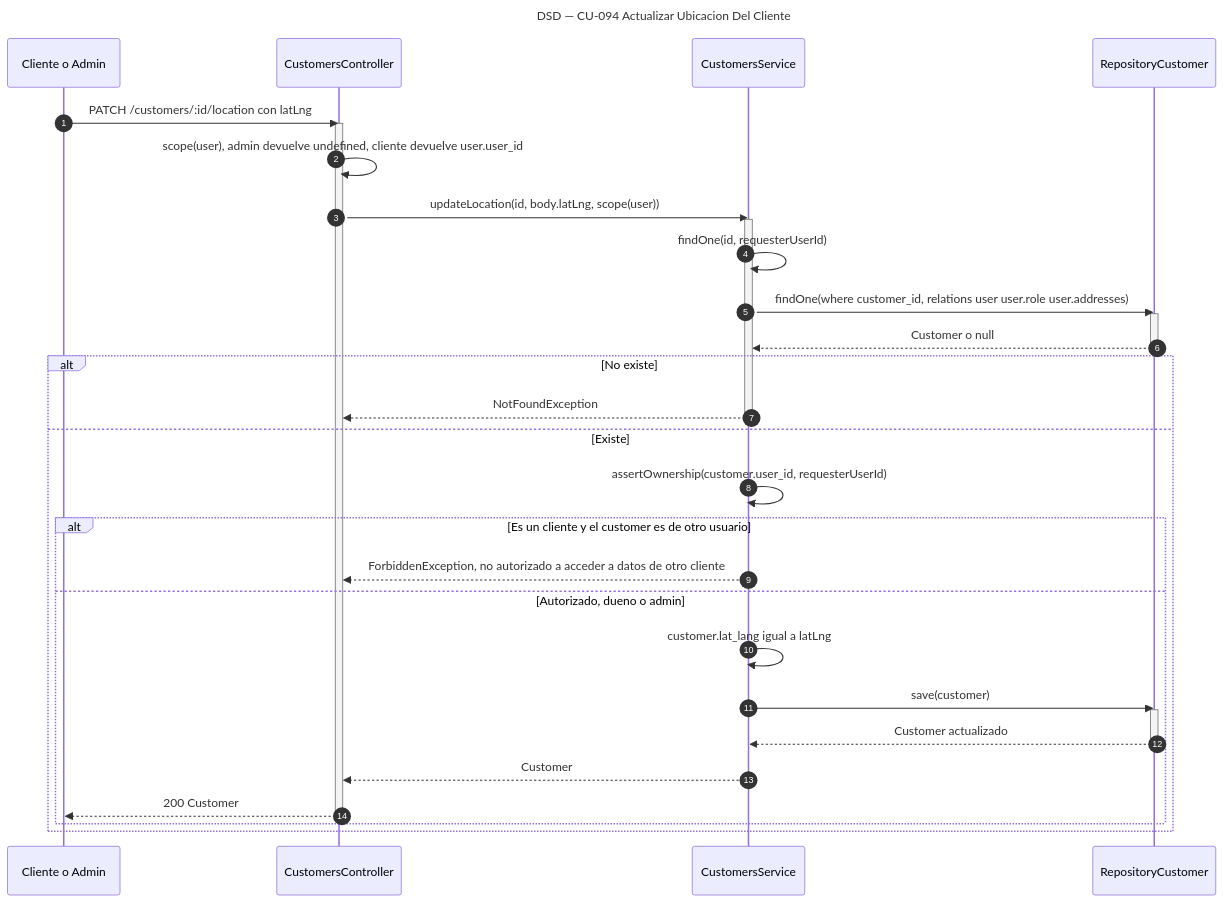
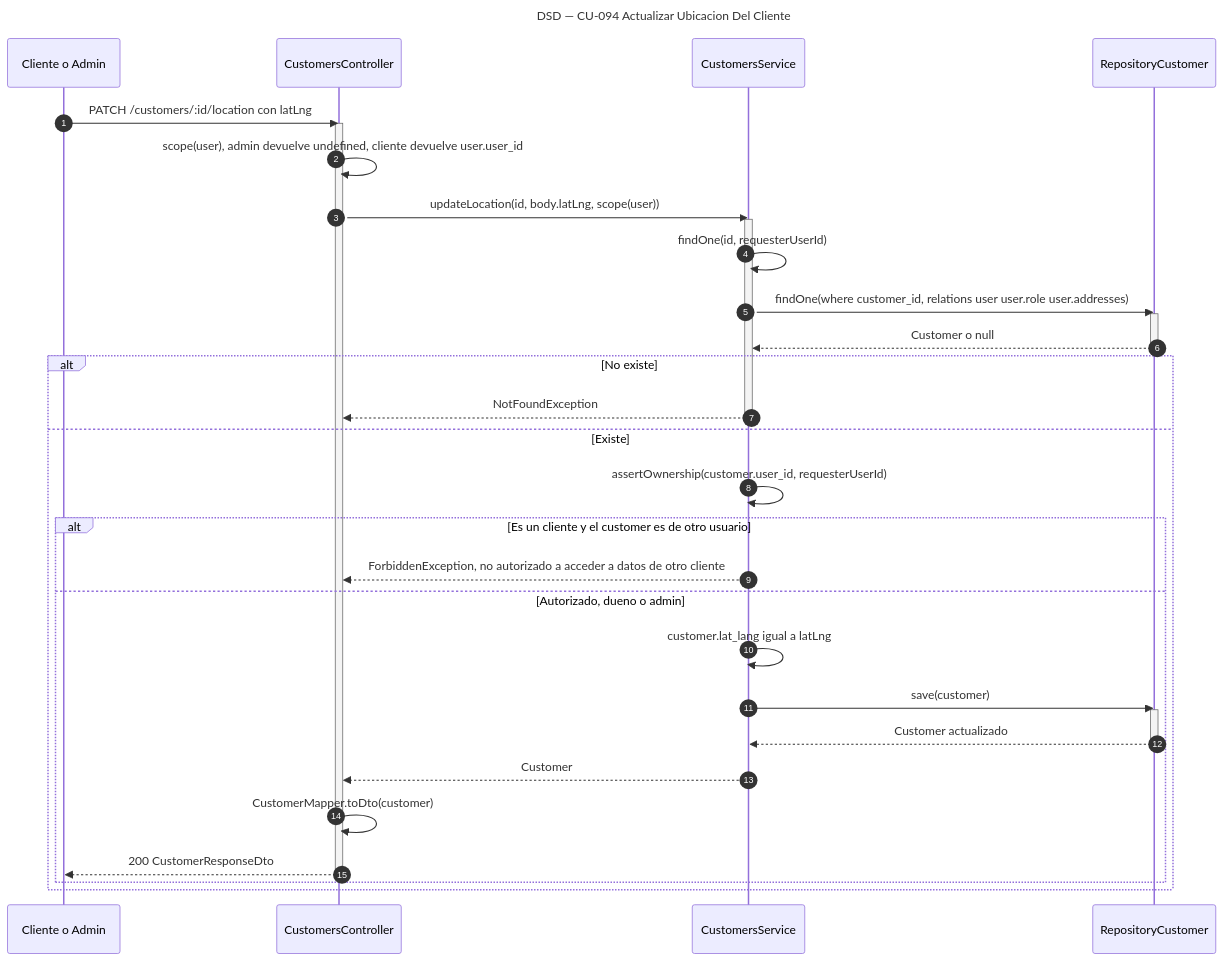
Before and after one commit to Nahuelito-Dev/splg-docs: the diagram in diagramas/DSD_CU-094_Actualizar-Ubicacion-Del-Cliente.mmd, drawn with Mermaid. The commit also changed 6 other files, not shown here.

Commit message:
docs(dsd): clientes con CustomerResponseDto; hallazgos H-52 a H-55

```diff
--- a/diagramas/DSD_CU-094_Actualizar-Ubicacion-Del-Cliente.mmd
+++ b/diagramas/DSD_CU-094_Actualizar-Ubicacion-Del-Cliente.mmd
@@ -1,36 +1,37 @@
 sequenceDiagram
     title DSD — CU-094 Actualizar Ubicacion Del Cliente
     autonumber
     participant CLI as Cliente o Admin
     participant CTRL as CustomersController
     participant SRV as CustomersService
     participant CREP as RepositoryCustomer
 
     CLI->>CTRL: PATCH /customers/:id/location con latLng
     activate CTRL
     CTRL->>CTRL: scope(user), admin devuelve undefined, cliente devuelve user.user_id
     CTRL->>SRV: updateLocation(id, body.latLng, scope(user))
     activate SRV
     SRV->>SRV: findOne(id, requesterUserId)
     SRV->>CREP: findOne(where customer_id, relations user user.role user.addresses)
     activate CREP
     CREP-->>SRV: Customer o null
     deactivate CREP
     alt No existe
         SRV-->>CTRL: NotFoundException
         deactivate SRV
     else Existe
         SRV->>SRV: assertOwnership(customer.user_id, requesterUserId)
         alt Es un cliente y el customer es de otro usuario
             SRV-->>CTRL: ForbiddenException, no autorizado a acceder a datos de otro cliente
         else Autorizado, dueno o admin
             SRV->>SRV: customer.lat_lang igual a latLng
             SRV->>CREP: save(customer)
             activate CREP
             CREP-->>SRV: Customer actualizado
             deactivate CREP
             SRV-->>CTRL: Customer
-            CTRL-->>CLI: 200 Customer
+            CTRL->>CTRL: CustomerMapper.toDto(customer)
+            CTRL-->>CLI: 200 CustomerResponseDto
             deactivate CTRL
         end
     end
```
